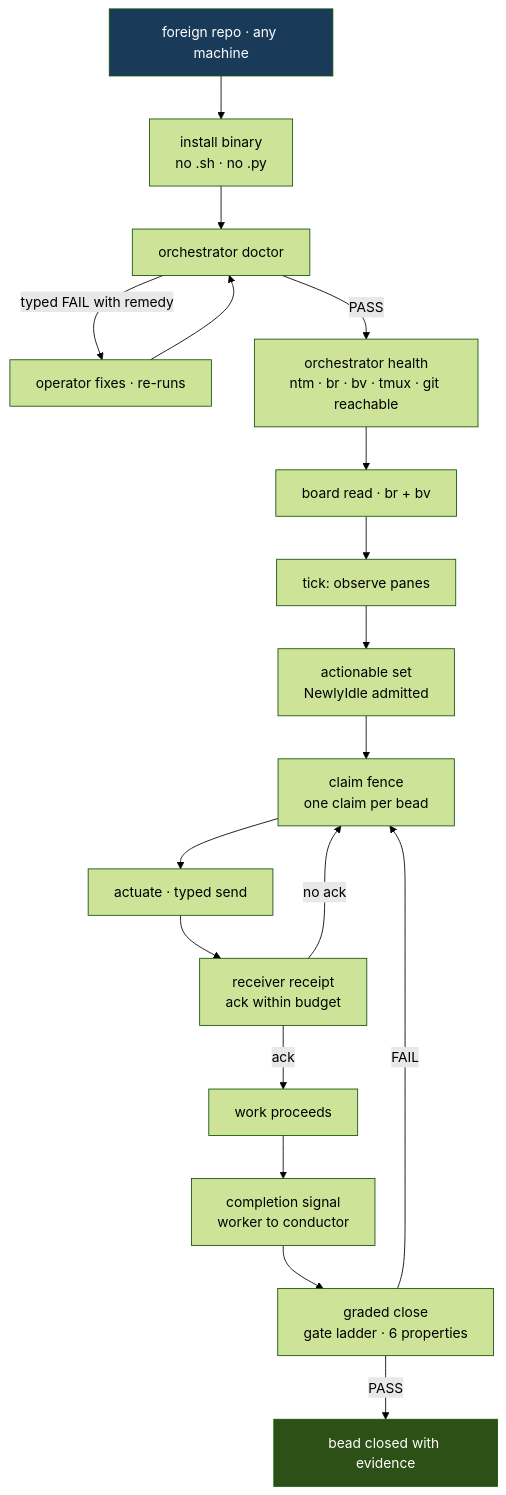
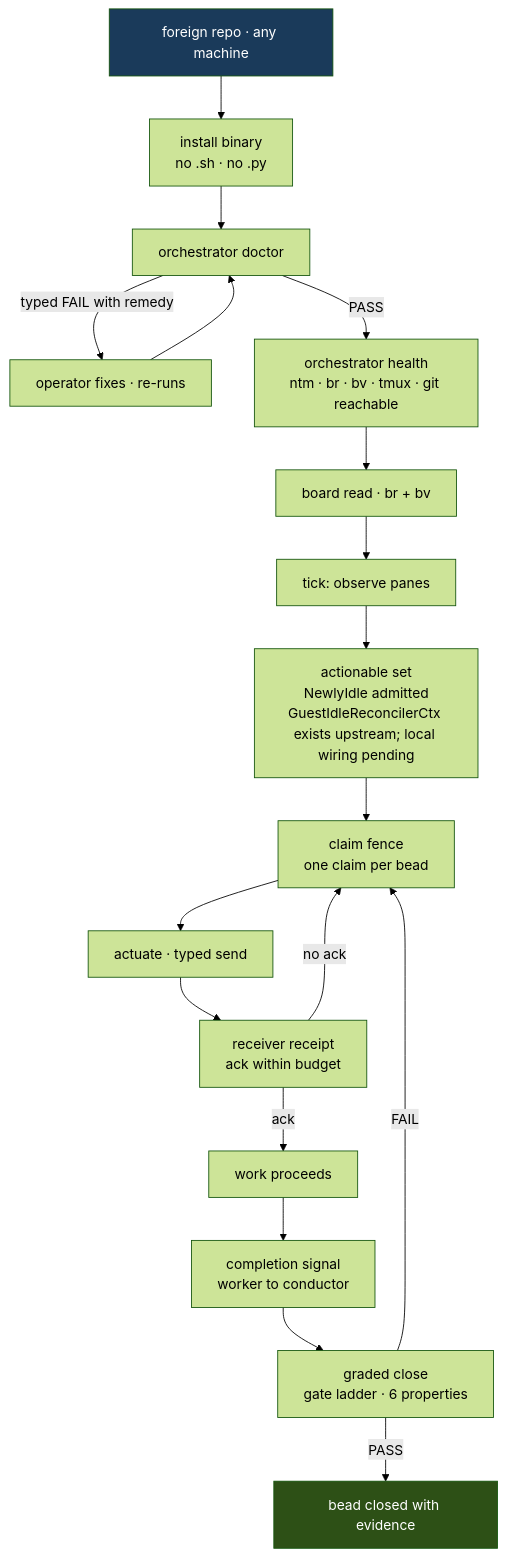
The fifth of 6 diagrams in docs/plan/04-diagrams.md (JYeswak/omp-orchestrator), drawn with Mermaid (forest theme) before and after one commit. The commit also changed other lines of this file and 2 other files, not shown here.

First line of the commit message:
fix(plan): propagate upstream gap types into census and diagrams [test]

````diff
--- a/docs/plan/04-diagrams.md
+++ b/docs/plan/04-diagrams.md
@@ -294,23 +290,23 @@
 ```mermaid
 graph TD
     A["foreign repo · any machine"] --> B["install binary<br/>no .sh · no .py"]
     B --> C["orchestrator doctor"]
     C -->|"typed FAIL with remedy"| C2["operator fixes · re-runs"]
     C2 --> C
     C -->|PASS| D["orchestrator health<br/>ntm · br · bv · tmux · git reachable"]
     D --> E["board read · br + bv"]
     E --> F["tick: observe panes"]
-    F --> G["actionable set<br/>NewlyIdle admitted"]
+    F --> G["actionable set<br/>NewlyIdle admitted<br/>GuestIdleReconcilerCtx exists upstream; local wiring pending"]
     G --> H["claim fence<br/>one claim per bead"]
     H --> I["actuate · typed send"]
     I --> J["receiver receipt<br/>ack within budget"]
     J -->|no ack| H
     J -->|ack| K["work proceeds"]
     K --> L["completion signal<br/>worker to conductor"]
     L --> M["graded close<br/>gate ladder · 6 properties"]
     M -->|FAIL| H
     M -->|PASS| N["bead closed with evidence"]
 
     style A fill:#1a3a5a,color:#fff
     style N fill:#2d5016,color:#fff
 ```
````
